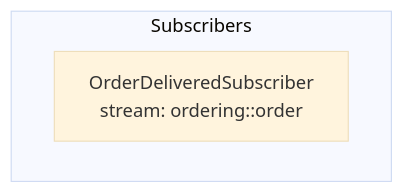
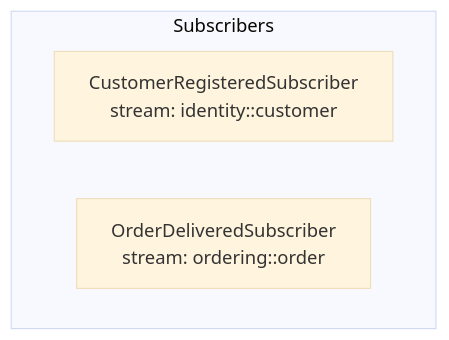
One commit to proteanhq/shopstream changed the third of 6 diagrams in docs/loyalty/handler-wiring.md. Above: the diagram before and after it, drawn with Mermaid (base theme). The commit also changed other lines of this file and 15 other files, not shown here.

````diff
--- a/docs/loyalty/handler-wiring.md
+++ b/docs/loyalty/handler-wiring.md
@@ -18,6 +32,7 @@
 ```mermaid
 flowchart TD
     subgraph subscribers["Subscribers"]
+        sub_loyalty_reward_identity_subscriber_CustomerRegisteredSubscriber[CustomerRegisteredSubscriber\nstream: identity::customer]
         sub_loyalty_reward_ordering_subscriber_OrderDeliveredSubscriber[OrderDeliveredSubscriber\nstream: ordering::order]
     end
 ```
````
